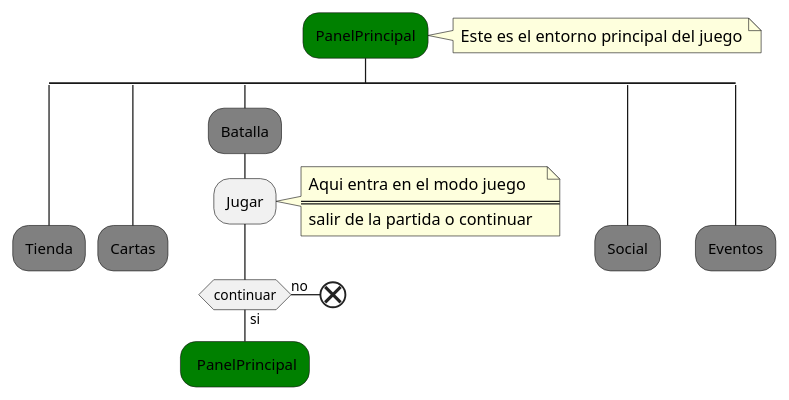
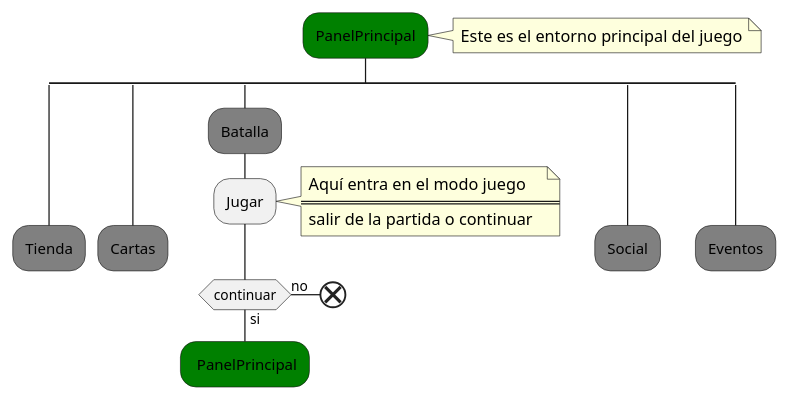
One commit to dcruzp/IngenieriadeSoftware3ro- changed the second of 6 diagrams in Lenguajes de Especificacion/diagrama.wsd. Above: the diagram before and after it, drawn with PlantUML. The commit also changed other lines of this file and 2 other files, not shown here.

```diff
--- a/Lenguajes de Especificacion/diagrama.wsd
+++ b/Lenguajes de Especificacion/diagrama.wsd
@@ -11,35 +11,35 @@
-@startuml diagrama1
+@startuml diagrama-1
 skinparam ArrowHeadColor none
 #Green :PanelPrincipal; 
 note right
     Este es el entorno principal del juego
 end note 
 split
 #Gray :Tienda;
 detach
 split again
 #Gray :Cartas;
 detach 
 split again       
 #Gray :Batalla;
 :Jugar;
 note right
-  Aqui entra en el modo juego 
+  Aquí entra en el modo juego 
   ====
   salir de la partida o continuar  
 end note
 if (continuar) then(si)
     #Green: PanelPrincipal;
     detach
 else (no)
     end 
 endif
 
 split again    
 #Gray :Social;
 detach 
 split again
 #Gray :Eventos;
 detach 
 end split
 @enduml
```
